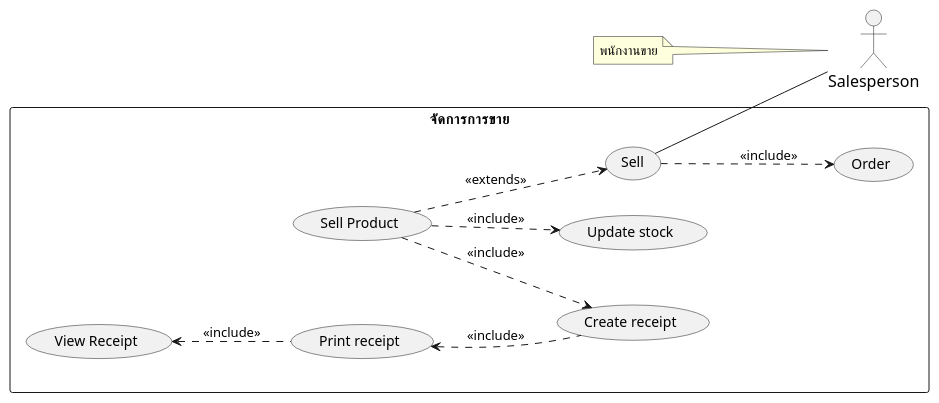
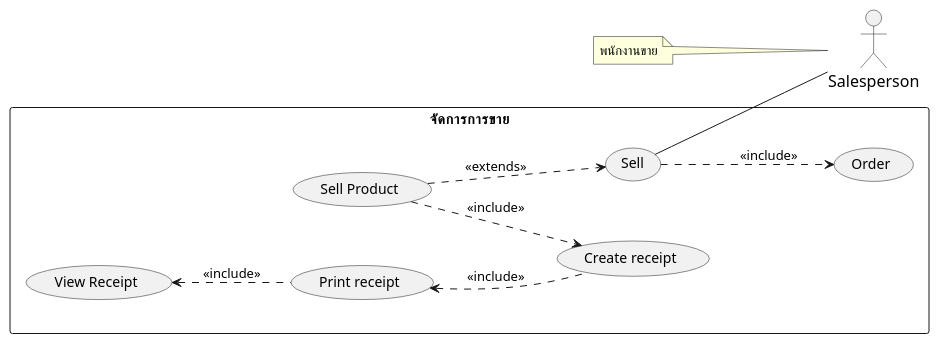
Before and after one commit to billowdev/inventory-system-plantuml-sequelize-seeder-example: the diagram in system-analysis/usecase/_7_usecase-sell.puml, drawn with PlantUML.

```diff
--- a/system-analysis/usecase/_7_usecase-sell.puml
+++ b/system-analysis/usecase/_7_usecase-sell.puml
@@ -1,64 +1,62 @@
 @startuml
 'https://plantuml.com/usecase-diagram
 left to right direction
 
 skinparam sequence {
     ParticipantFontName Thai
     ParticipantFontSize 16
     ActorFontSize 16
     ActorFontName Thai
 }
 'skinparam linetype polyline
 ' skinparam linetype ortho
 
 skinparam Participant{
     FontColor #efefef
     BorderColor #c0c0c0
 }
 skinparam Sequence{
     ParticipantBorderThickness .5
     LifeLineBorderColor #8a8a8a
 }
 
 
 actor Salesperson as actorSalesperson
 note left of actorSalesperson : พนักงานขาย
 
 ' =================== Stock System ===================
 rectangle "จัดการการขาย" as manageSale {
 
     ' ================ Selling ================
     ' กระบวนการขายสินค้า
     usecase (Sell) as (usecaseSell)
     usecase (Sell Product) as (usecaseSellProduct)
     '    note bottom of usecaseSell : กระบวนการขายสินค้า
 
 
     usecase (View Receipt) as (usecaseViewReceipt)
     usecase (Print receipt) as (usecasePrintReceipt)
     usecase (Create receipt) as (usecaseCreateReceipt)
 
     usecase (Order) as (usecaseOrder)
-    usecase (Update stock) as (usecaseUpdateStock)
 
     '===========================================================
     ' ===                  Associate Flow                    ===
     '===========================================================
     ' ================ Sell ================
     (usecaseSellProduct) ..> (usecaseSell) : <<extends>>
-    (usecaseSellProduct)  ..> (usecaseUpdateStock)   : <<include>>
 
     (usecaseSellProduct)  ..> (usecaseCreateReceipt) : <<include>>
     (usecaseSell)  ..> (usecaseOrder) : <<include>>
 
     '   ความสัมพันธ์ระหว่าง actor และ usecase ในส่วนของการขาย
      (usecaseSell) -- actorSalesperson
 
     ' ================ Receipt ================
     (usecaseCreateReceipt) .up.> (usecasePrintReceipt) : <<include>>
     (usecaseViewReceipt)  <..   (usecasePrintReceipt): <<include>>
 
 
 }
 
 @enduml
```
